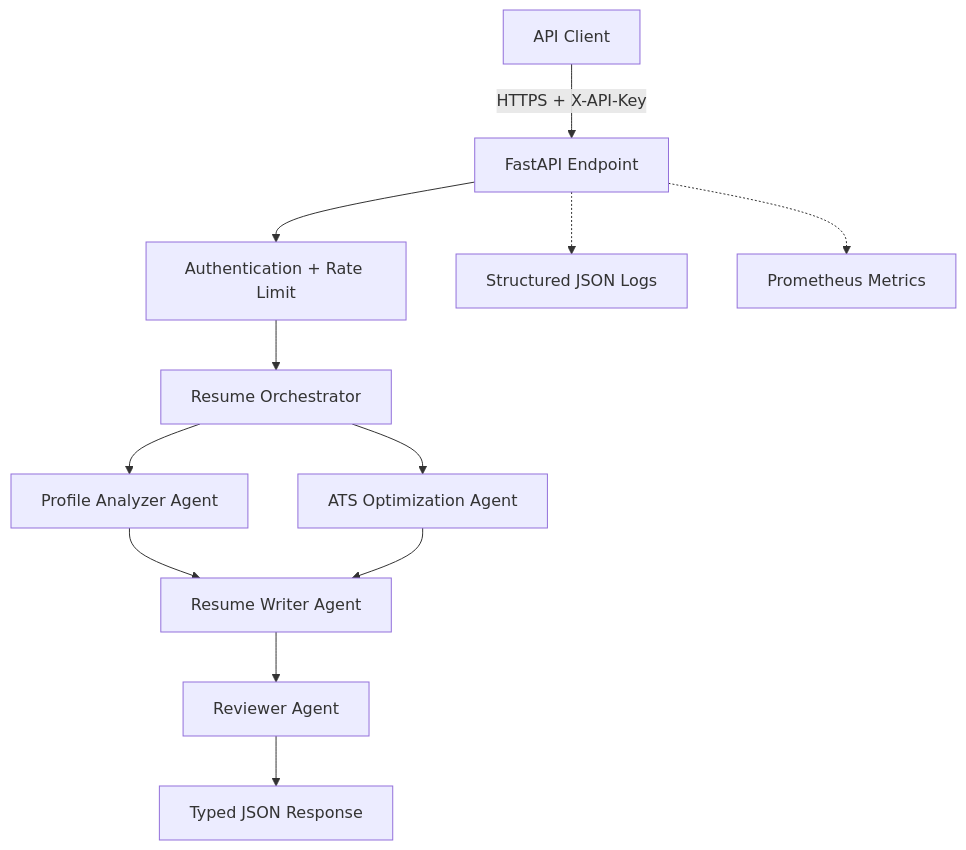
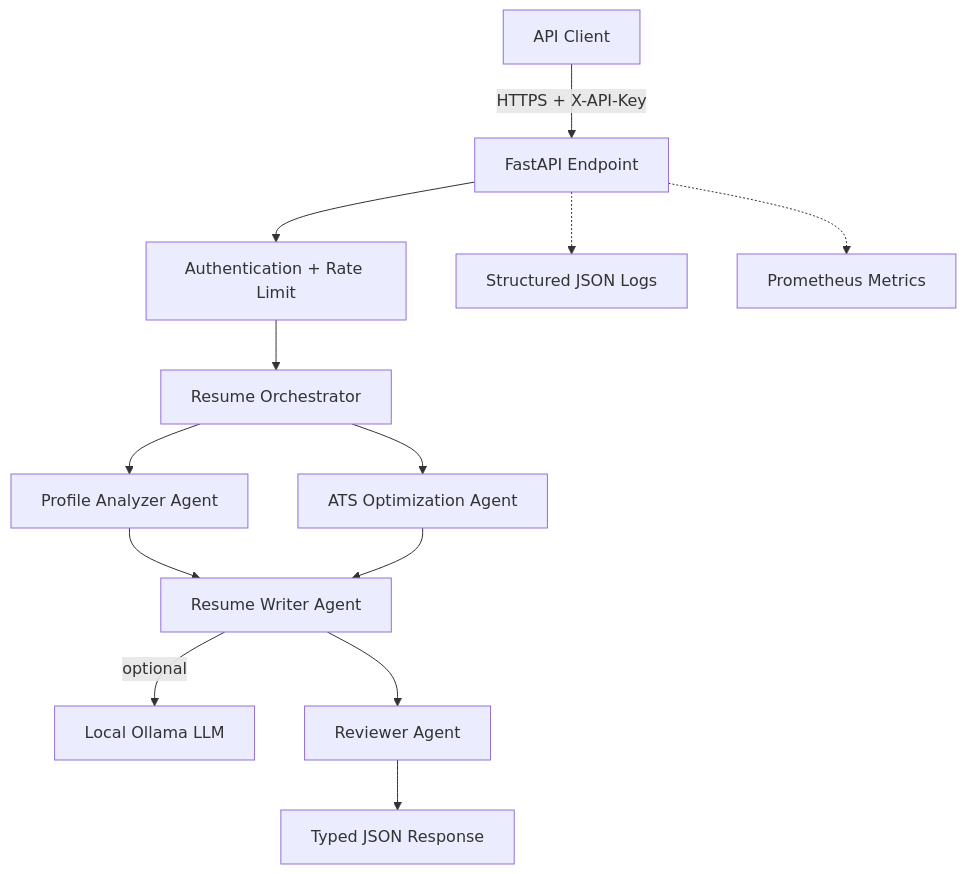
The diagram in docs/ARCHITECTURE.md (AnkyAI/enterprise-ai-resume-agent), drawn with Mermaid before and after one commit. The commit also changed other lines of this file and 14 other files, not shown here.

Commit message:
feat: add free local Ollama generation

````diff
--- a/docs/ARCHITECTURE.md
+++ b/docs/ARCHITECTURE.md
@@ -5,14 +5,15 @@
 ```mermaid
 flowchart TD
     C[API Client] -->|HTTPS + X-API-Key| API[FastAPI Endpoint]
     API --> AUTH[Authentication + Rate Limit]
     AUTH --> ORCH[Resume Orchestrator]
     ORCH --> P[Profile Analyzer Agent]
     ORCH --> A[ATS Optimization Agent]
     P --> W[Resume Writer Agent]
     A --> W
+    W -->|optional| OLLAMA[Local Ollama LLM]
     W --> R[Reviewer Agent]
     R --> JSON[Typed JSON Response]
     API -.-> LOG[Structured JSON Logs]
     API -.-> MET[Prometheus Metrics]
 ```
````
